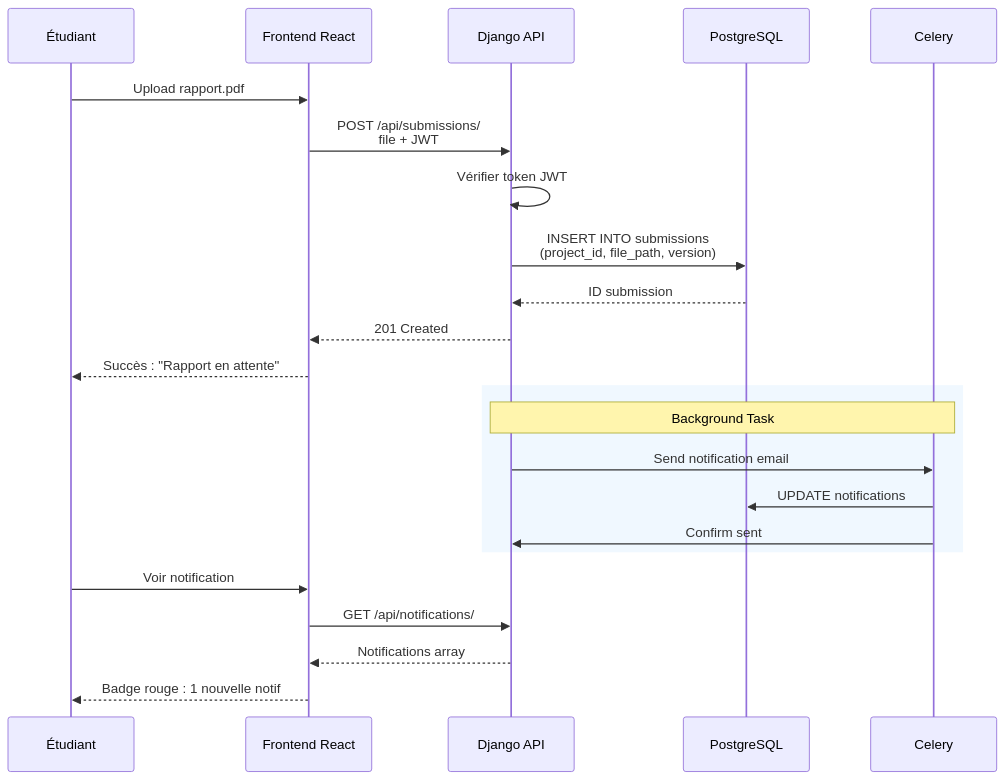
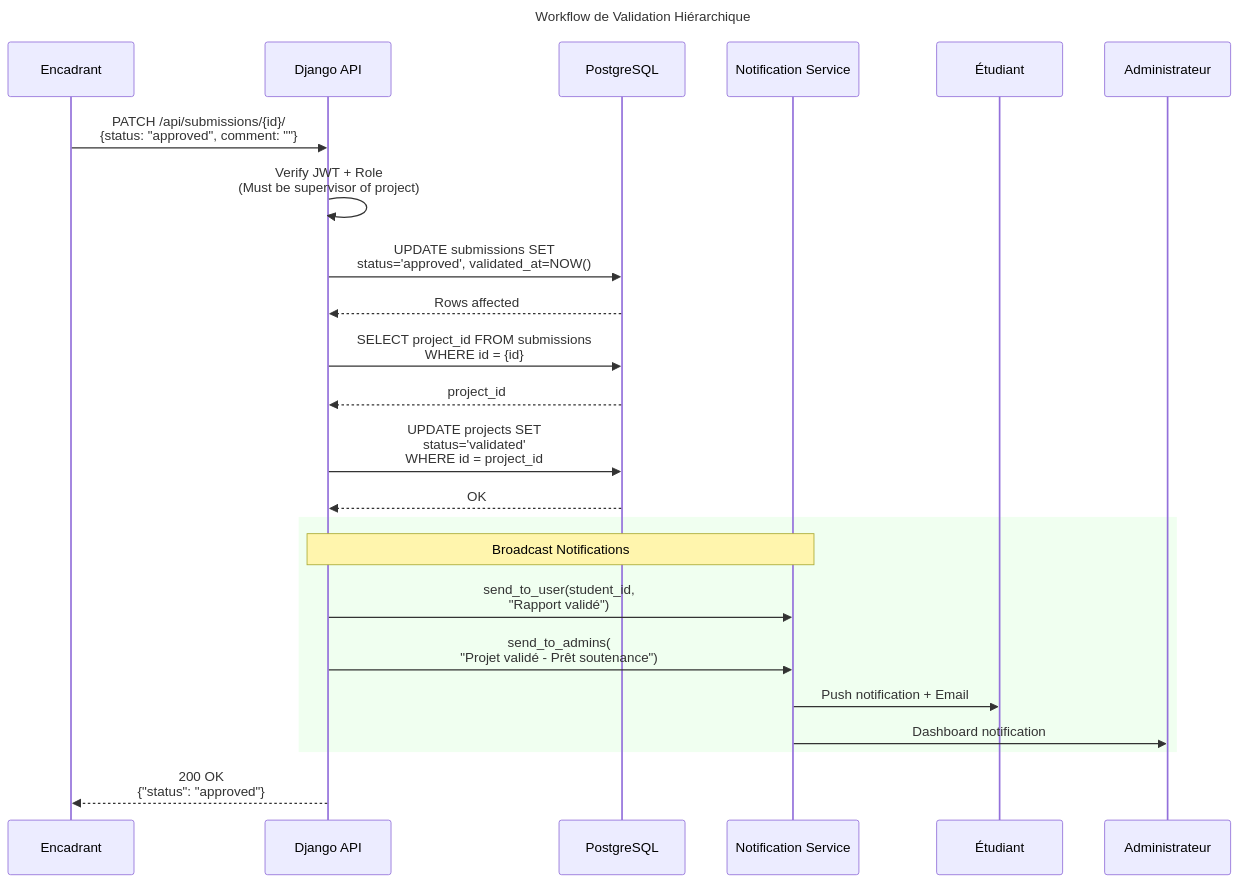
Before and after one commit to Lagmouchyoussef/PFE-Navigator: the sixth of 11 diagrams in README.md, drawn with Mermaid. The commit also changed other lines of this file, not shown here.

````diff
--- a/README.md
+++ b/README.md
@@ -338,28 +459,35 @@
 ```mermaid
 sequenceDiagram
-    participant S as Étudiant
-    participant F as Frontend React
-    participant A as Django API
-    participant D as PostgreSQL
-    participant C as Celery
+    title Workflow de Validation Hiérarchique
+
+    participant SUPERVISOR as Encadrant
+    participant API as Django API
+    participant DB as PostgreSQL
+    participant NOTIFY as Notification Service
+    participant STUDENT as Étudiant
+    participant ADMIN as Administrateur
     
-    S->>F: Upload rapport.pdf
-    F->>A: POST /api/submissions/<br/>file + JWT
-    A->>A: Vérifier token JWT
-    A->>D: INSERT INTO submissions<br/>(project_id, file_path, version)
-    D-->>A: ID submission
-    A-->>F: 201 Created
-    F-->>S: Succès : "Rapport en attente"
+    SUPERVISOR->>API: PATCH /api/submissions/{id}/<br/>{status: "approved", comment: ""}
     
-    rect rgb(240, 248, 255)
-        Note over A,C: Background Task
-        A->>C: Send notification email
-        C->>D: UPDATE notifications
-        C->>A: Confirm sent
+    API->>API: Verify JWT + Role<br/>(Must be supervisor of project)
+    API->>DB: UPDATE submissions SET<br/>status='approved', validated_at=NOW()
+    DB-->>API: Rows affected
+    
+    API->>DB: SELECT project_id FROM submissions<br/>WHERE id = {id}
+    DB-->>API: project_id
+    
+    API->>DB: UPDATE projects SET<br/>status='validated'<br/>WHERE id = project_id
+    DB-->>API: OK
+    
+    rect rgb(240, 255, 240)
+        Note over API,NOTIFY: Broadcast Notifications
+        
+        API->>NOTIFY: send_to_user(student_id,<br/>"Rapport validé")
+        API->>NOTIFY: send_to_admins(<br/>"Projet validé - Prêt soutenance")
+        
+        NOTIFY->>STUDENT: Push notification + Email
+        NOTIFY->>ADMIN: Dashboard notification
     end
     
-    S->>F: Voir notification
-    F->>A: GET /api/notifications/
-    A-->>F: Notifications array
-    F-->>S: Badge rouge : 1 nouvelle notif
+    API-->>SUPERVISOR: 200 OK<br/>{"status": "approved"}
 ```
````
